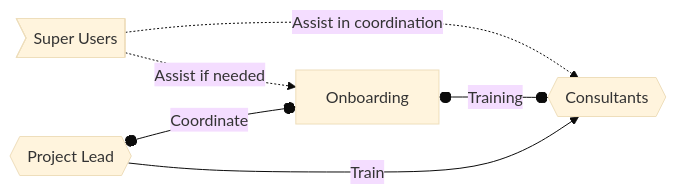
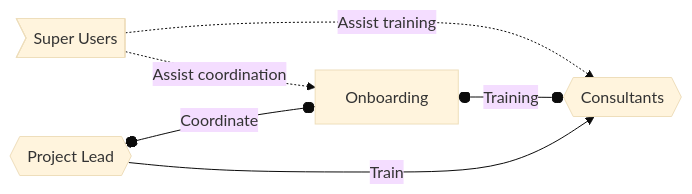
Before and after one commit to dialogueone-dev/IT-documentation: the ninth of 12 diagrams in Product_documentations/ninox/project_management.md, drawn with Mermaid (base theme). The commit also changed other lines of this file, not shown here.

````diff
--- a/Product_documentations/ninox/project_management.md
+++ b/Product_documentations/ninox/project_management.md
@@ -200,9 +200,9 @@
 ```mermaid
 flowchart LR
 
-SU>Super Users] -.->|Assist if needed| J[Onboarding]
-SU -.->|Assist in coordination| I{{Consultants}}
+SU>Super Users] -.->|Assist coordination| J[Onboarding]
+SU -.->|Assist training| I{{Consultants}}
 PL{{Project Lead}} o--o|Coordinate| J
 J o--o |Training| I{{Consultants}}
 PL{{Project Lead}} --> |Train| I{{Consultants}}
 ```
````
